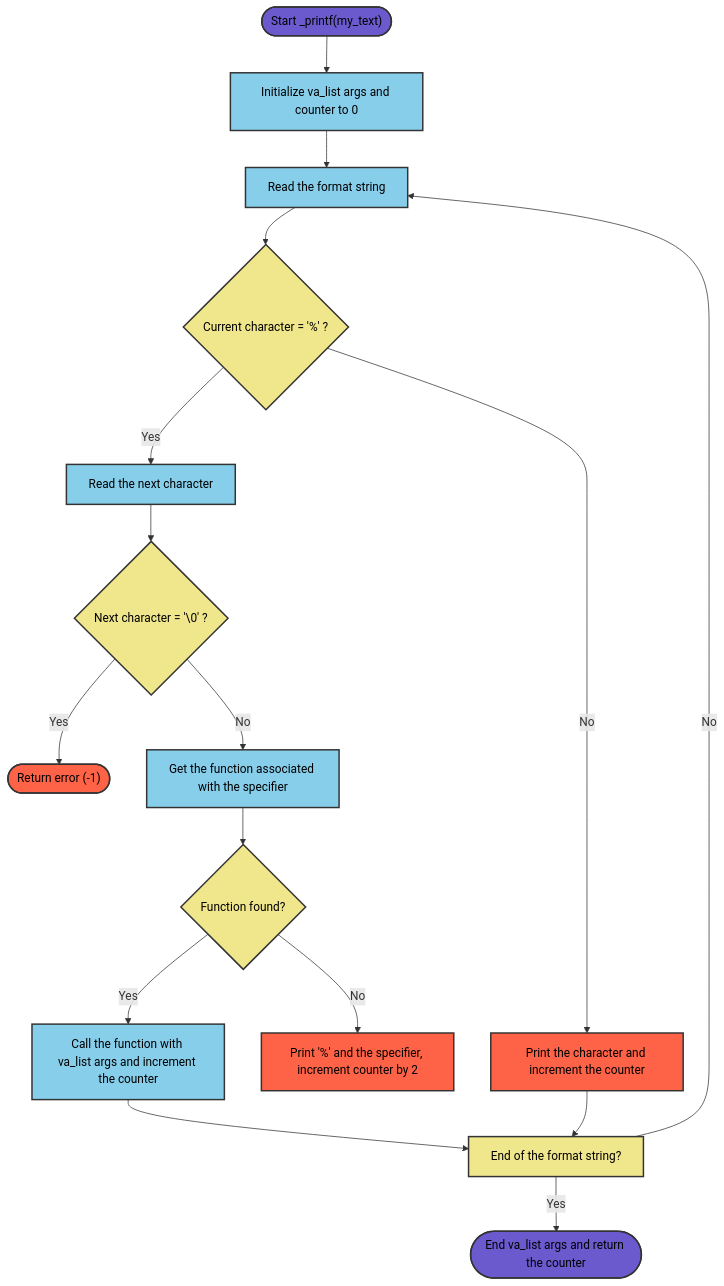
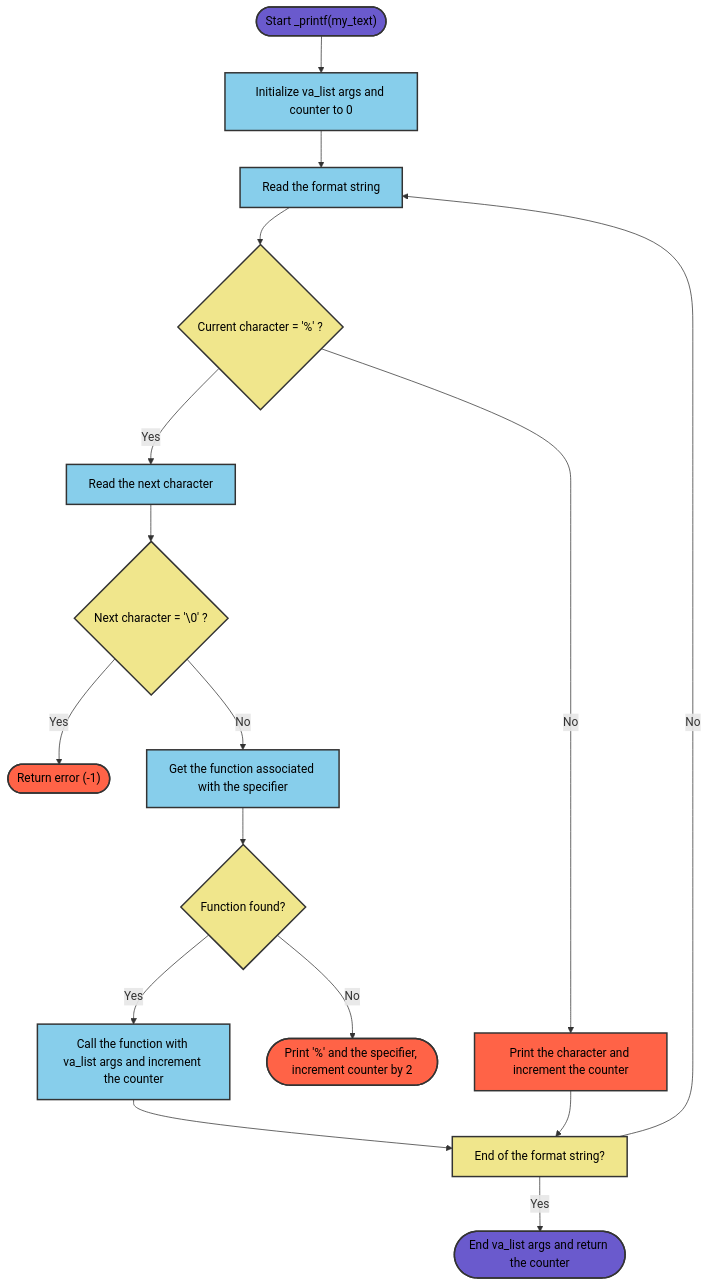
The diagram in README.md (Basco64/holbertonschool-printf), drawn with Mermaid before and after one commit.

Commit message:
Fix Flowchart README

````diff
--- a/README.md
+++ b/README.md
@@ -48,33 +48,33 @@
 ```mermaid
 graph TB
 A(["Start _printf(my_text)"]) --> B[Initialize va_list args and counter to 0]
 B --> C[Read the format string]
 C --> D{"Current character = '%' ?"}
 D -- No --> E[Print the character and increment the counter]
 D -- Yes --> F[Read the next character]
 F --> G{"Next character = '\0' ?"}
 G -- Yes --> H(["Return error (-1)"])
 G -- No --> I[Get the function associated with the specifier]
 I --> J{Function found?}
-J -- No --> K["Print '%' and the specifier, increment counter by 2"]
+J -- No --> K(["Print '%' and the specifier, increment counter by 2"])
 J -- Yes --> L[Call the function with va_list args and increment the counter]
 L --> M[End of the format string?]
 E --> M
 M -- Yes --> N([End va_list args and return the counter])
 M -- No --> C
 
 style A fill:#6A5ACD,stroke:#333,stroke-width:2px,color:black
 style B fill:#87CEEB,stroke:#333,stroke-width:2px,color:black
 style C fill:#87CEEB,stroke:#333,stroke-width:2px,color:black
 style D fill:#F0E68C,stroke:#333,stroke-width:2px,color:black
 style E fill:#FF6347,stroke:#333,stroke-width:2px,color:black
 style F fill:#87CEEB,stroke:#333,stroke-width:2px,color:black
 style G fill:#F0E68C,stroke:#333,stroke-width:2px,color:black
 style H fill:#FF6347,stroke:#333,stroke-width:2px,color:black
 style I fill:#87CEEB,stroke:#333,stroke-width:2px,color:black
 style J fill:#F0E68C,stroke:#333,stroke-width:2px,color:black
 style K fill:#FF6347,stroke:#333,stroke-width:2px,color:black
 style L fill:#87CEEB,stroke:#333,stroke-width:2px,color:black
 style M fill:#F0E68C,stroke:#333,stroke-width:2px,color:black
 style N fill:#6A5ACD,stroke:#333,stroke-width:2px,color:black
 ```
````
